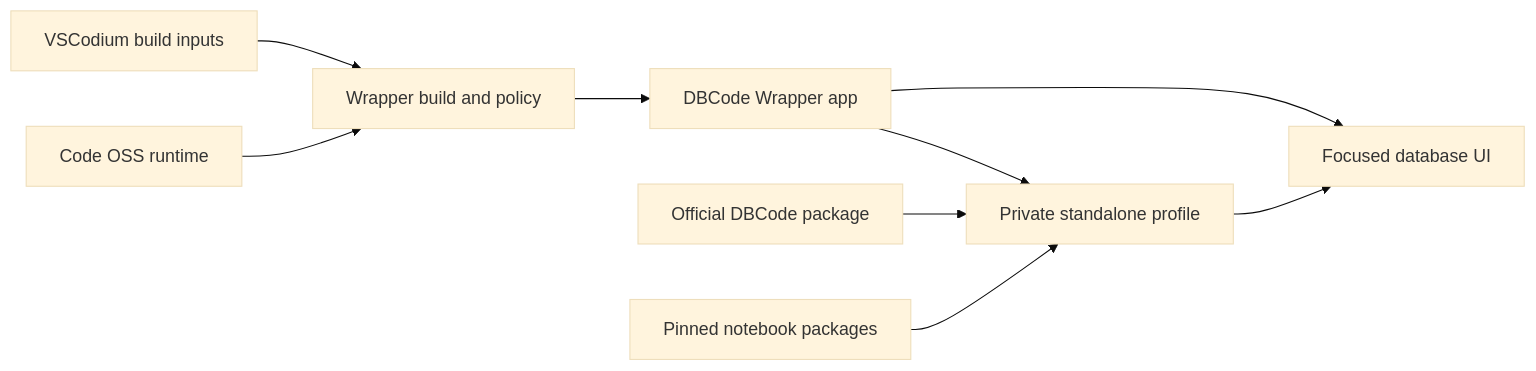
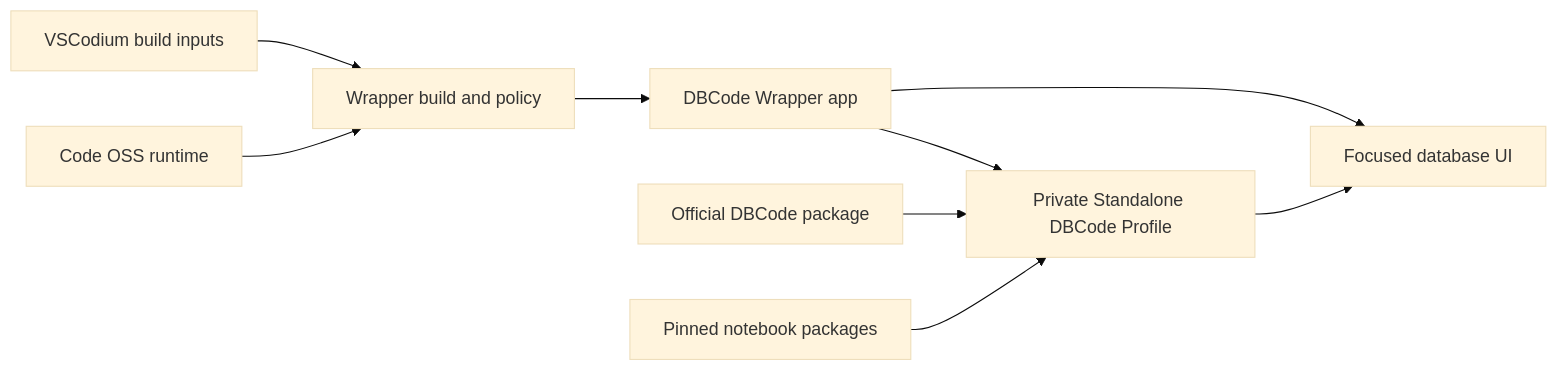
One commit to alexwck/dbcode-wrapper changed the diagram in wiki/architecture/product-and-upstream-boundaries.md. Above: the diagram before and after it, drawn with Mermaid (base theme). The commit also changed other lines of this file and 14 other files, not shown here.

````diff
--- a/wiki/architecture/product-and-upstream-boundaries.md
+++ b/wiki/architecture/product-and-upstream-boundaries.md
@@ -21,11 +21,11 @@
 ```mermaid
 flowchart LR
   V[VSCodium build inputs] --> W[Wrapper build and policy]
   C[Code OSS runtime] --> W
   W --> A[DBCode Wrapper app]
-  A --> P[Private standalone profile]
+  A --> P[Private Standalone DBCode Profile]
   D[Official DBCode package] --> P
   N[Pinned notebook packages] --> P
   A --> U[Focused database UI]
   P --> U
 ```
````
